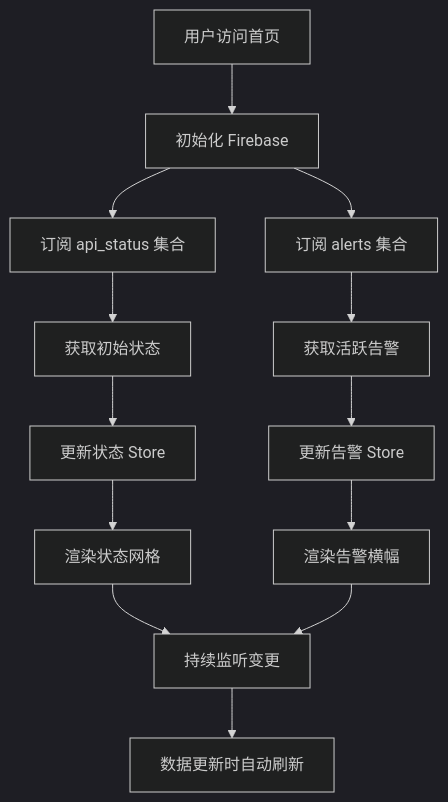
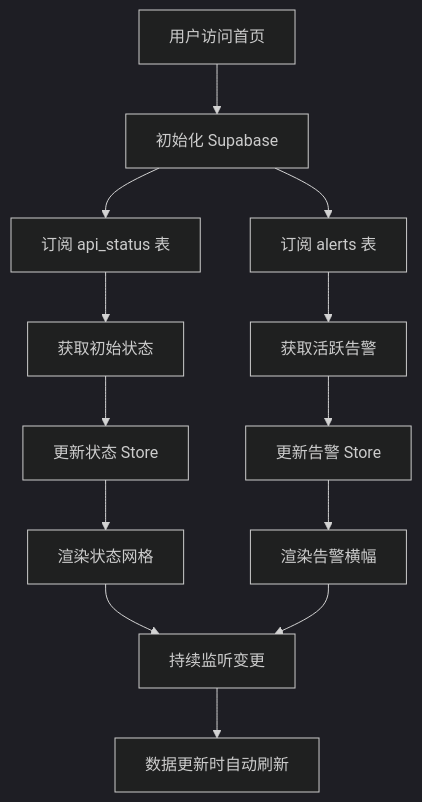
One commit to AjaCHN/LLM-API-Sentinel changed the fourth of 9 diagrams in openspec/data.md. Above: the diagram before and after it, drawn with Mermaid (dark theme). The commit also changed other lines of this file and 5 other files, not shown here.

First line of the commit message:
docs: 重构 openspec 规范文档，将 Firebase 引用更新为 Supabase

````diff
--- a/openspec/data.md
+++ b/openspec/data.md
@@ -200,20 +200,20 @@
 ```mermaid
 flowchart TD
-    A[用户访问首页] --> B[初始化 Firebase]
-    B --> C[订阅 api_status 集合]
-    B --> D[订阅 alerts 集合]
+    A[用户访问首页] --> B[初始化 Supabase]
+    B --> C[订阅 api_status 表]
+    B --> D[订阅 alerts 表]
     
     C --> E[获取初始状态]
     D --> F[获取活跃告警]
     
     E --> G[更新状态 Store]
     F --> H[更新告警 Store]
     
     G --> I[渲染状态网格]
     H --> J[渲染告警横幅]
     
     I --> K[持续监听变更]
     J --> K
     
     K --> L[数据更新时自动刷新]
 ```
````
